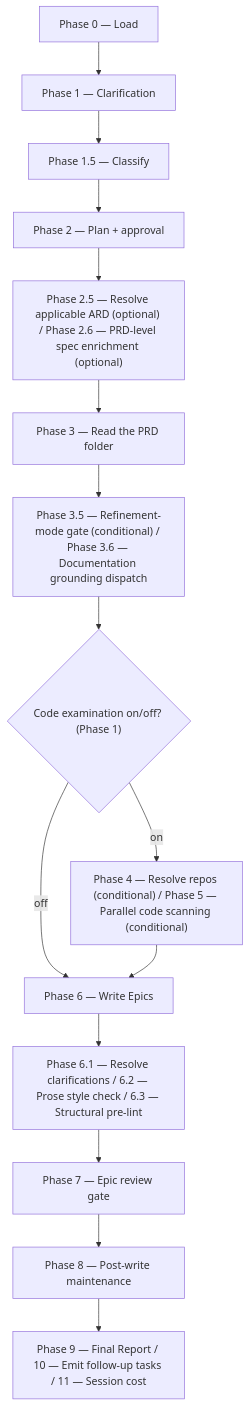
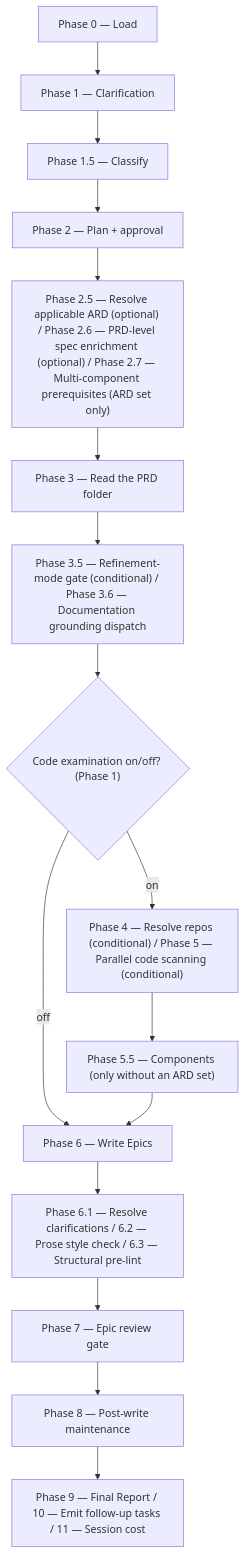
Before and after one commit to ihudak/ai-workflows: the diagram in plugins/product-workflows/docs/commands/epics.md, drawn with Mermaid. The commit also changed other lines of this file and 3 other files, not shown here.

````diff
--- a/plugins/product-workflows/docs/commands/epics.md
+++ b/plugins/product-workflows/docs/commands/epics.md
@@ -27,17 +27,18 @@
 ```mermaid
 flowchart TD
     p0["Phase 0 — Load"] --> p1["Phase 1 — Clarification"]
     p1 --> p15["Phase 1.5 — Classify"]
     p15 --> p2["Phase 2 — Plan + approval"]
-    p2 --> p2526["Phase 2.5 — Resolve applicable ARD (optional) / Phase 2.6 — PRD-level spec enrichment (optional)"]
+    p2 --> p2526["Phase 2.5 — Resolve applicable ARD (optional) / Phase 2.6 — PRD-level spec enrichment (optional) / Phase 2.7 — Multi-component prerequisites (ARD set only)"]
     p2526 --> p3["Phase 3 — Read the PRD folder"]
     p3 --> p3536["Phase 3.5 — Refinement-mode gate (conditional) / Phase 3.6 — Documentation grounding dispatch"]
     p3536 --> d1{"Code examination on/off? (Phase 1)"}
     d1 -- "on" --> p45["Phase 4 — Resolve repos (conditional) / Phase 5 — Parallel code scanning (conditional)"]
     d1 -- "off" --> p6["Phase 6 — Write Epics"]
-    p45 --> p6
+    p45 --> p55["Phase 5.5 — Components (only without an ARD set)"]
+    p55 --> p6
     p6 --> p616263["Phase 6.1 — Resolve clarifications / 6.2 — Prose style check / 6.3 — Structural pre-lint"]
     p616263 --> p7["Phase 7 — Epic review gate"]
     p7 --> p8["Phase 8 — Post-write maintenance"]
     p8 --> p91011["Phase 9 — Final Report / 10 — Emit follow-up tasks / 11 — Session cost"]
 ```
````
